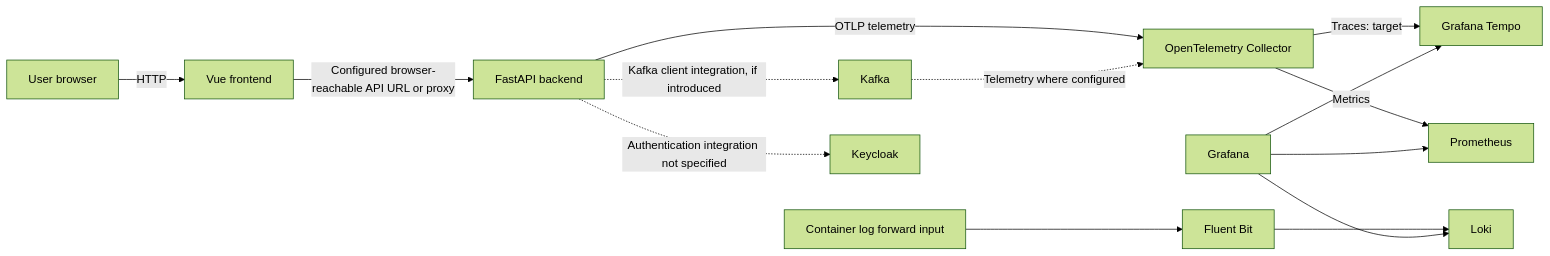
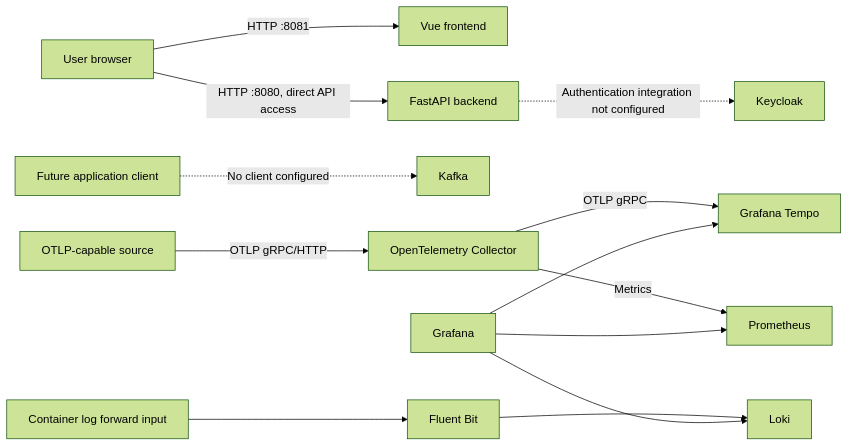
The diagram in docs/arc42/03_context_and_scope.md (saapo-ka-baadshah/SKB.Py.FastAPIVueFramework), drawn with Mermaid (forest theme) before and after one commit. The commit also changed other lines of this file and 26 other files, not shown here.

````diff
--- a/docs/arc42/03_context_and_scope.md
+++ b/docs/arc42/03_context_and_scope.md
@@ -13,16 +13,15 @@
 ```mermaid
 flowchart LR
-	Browser[User browser] -->|HTTP| Vue[Vue frontend]
-	Vue -->|Configured browser-reachable API URL or proxy| API[FastAPI backend]
-	API -.->|Kafka client integration, if introduced| Kafka[Kafka]
-	API -->|OTLP telemetry| OTel[OpenTelemetry Collector]
-	Kafka -.->|Telemetry where configured| OTel
-	OTel -->|Traces: target| Tempo[Grafana Tempo]
+	Browser[User browser] -->|HTTP :8081| Vue[Vue frontend]
+	Browser -->|HTTP :8080, direct API access| API[FastAPI backend]
+	FutureClient[Future application client] -.->|No client configured| Kafka[Kafka]
+	TelemetrySource[OTLP-capable source] -->|OTLP gRPC/HTTP| OTel[OpenTelemetry Collector]
+	OTel -->|OTLP gRPC| Tempo[Grafana Tempo]
 	OTel -->|Metrics| Prom[Prometheus]
 	DockerLogs[Container log forward input] --> Fluent[Fluent Bit]
 	Fluent --> Loki[Loki]
 	Grafana[Grafana] --> Tempo
 	Grafana --> Prom
 	Grafana --> Loki
-	API -.->|Authentication integration not specified| Identity[Keycloak]
+	API -.->|Authentication integration not configured| Identity[Keycloak]
 ```
````
